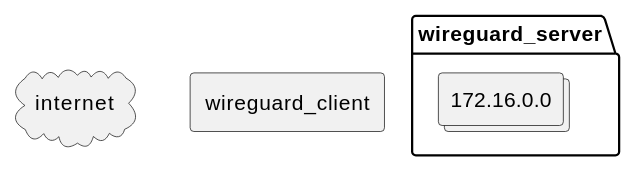
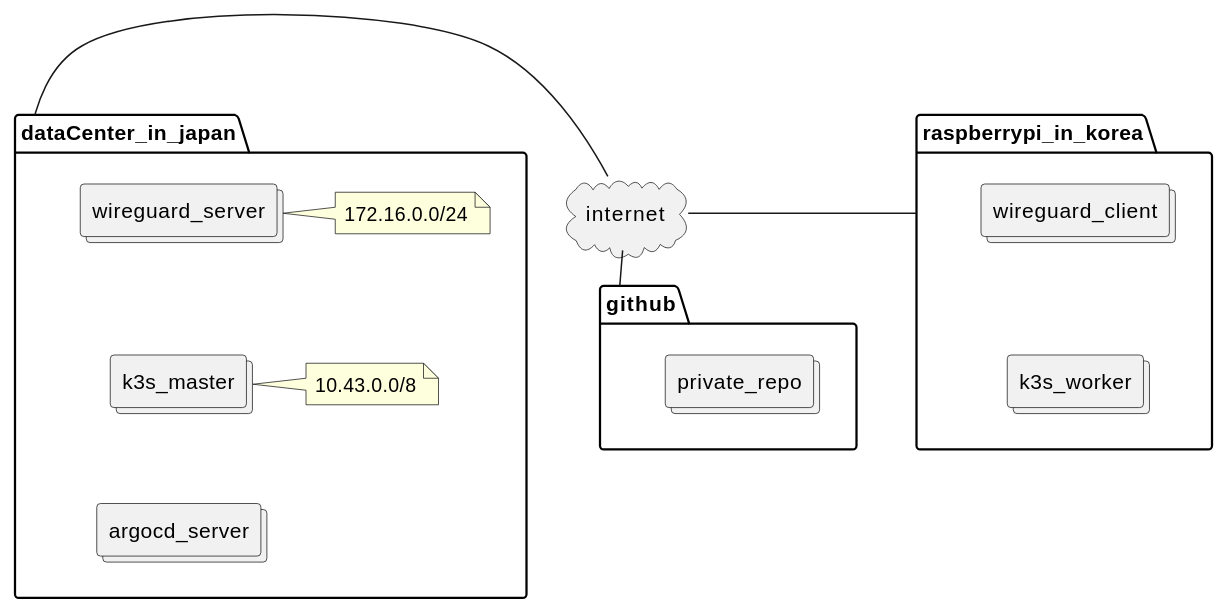
One commit to j3ffyang/container changed the diagram in docs/20210520_k3s_again.md. Above: the diagram before and after it, drawn with PlantUML. The commit also changed other lines of this file, not shown here.

Commit message:
further update

````diff
--- a/docs/20210520_k3s_again.md
+++ b/docs/20210520_k3s_again.md
@@ -342,12 +92,33 @@
 ```plantuml
 
-package wireguard_server {
-  collections 172.16.0.0
+package dataCenter_in_japan {
+  collections wireguard_server
+  collections k3s_master
+  collections argocd_server
+
+  note right of wireguard_server: 172.16.0.0/24
+  note right of k3s_master: 10.43.0.0/8
+
+  wireguard_server -[hidden]- k3s_master
+  k3s_master -[hidden]- argocd_server
 }
 
 
 cloud internet
 
-rectangle wireguard_client
+package raspberrypi_in_korea {
+  collections wireguard_client
+  collections k3s_worker
+
+  wireguard_client -[hidden]- k3s_worker
+}
+
+package github {
+  collections private_repo
+}
+
+dataCenter_in_japan - internet
+internet - raspberrypi_in_korea
+internet -- github
 
 ```
````
